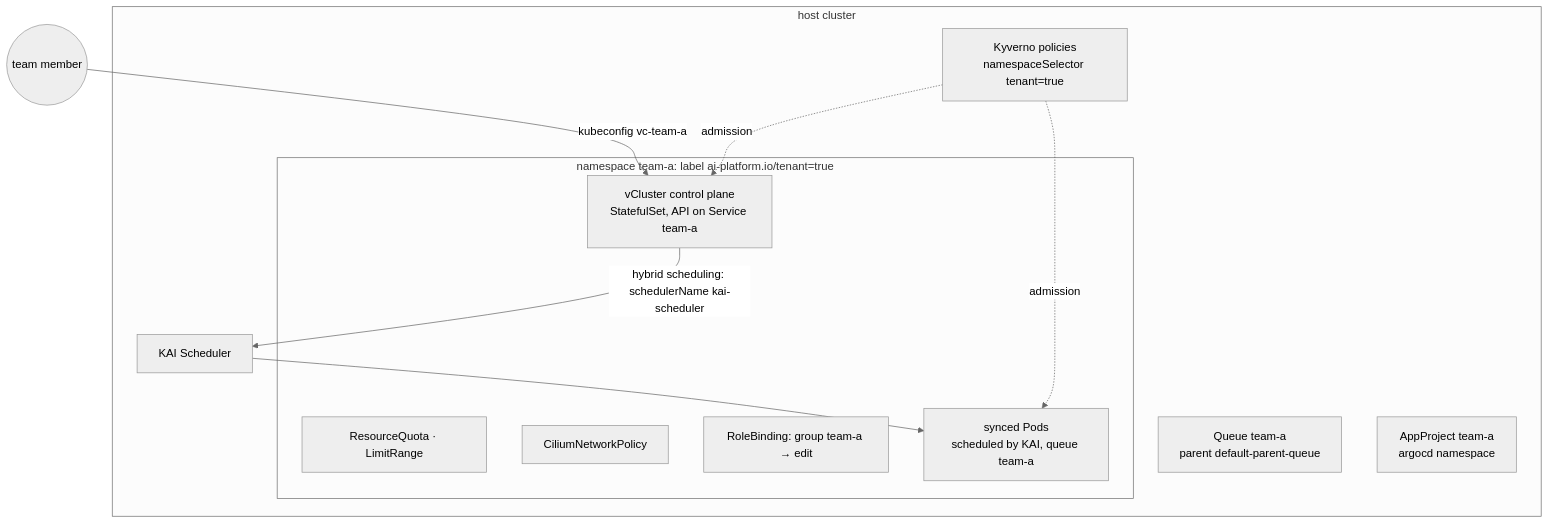
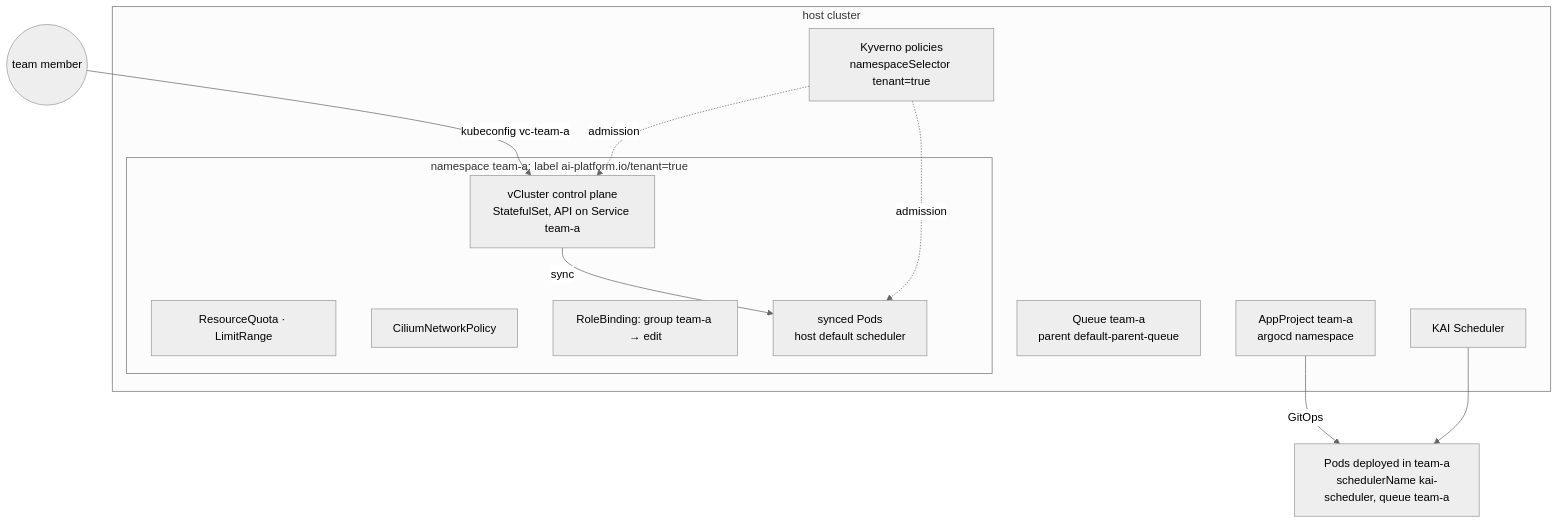
One commit to blacksoxx/ai-platform-reference changed the third of 3 diagrams in docs/architecture.md. Above: the diagram before and after it, drawn with Mermaid (neutral theme). The commit also changed other lines of this file and 4 other files, not shown here.

First line of the commit message:
fix(tenants,workloads): hybrid scheduling off (vCluster enterprise), force-replace the GPU Job

````diff
--- a/docs/architecture.md
+++ b/docs/architecture.md
@@ -162,21 +162,23 @@
 ```mermaid
 flowchart TB
   subgraph host[host cluster]
     subgraph ns[namespace team-a: label ai-platform.io/tenant=true]
       quota[ResourceQuota · LimitRange]
       cnp[CiliumNetworkPolicy]
       rb[RoleBinding: group team-a → edit]
       vc[vCluster control plane<br/>StatefulSet, API on Service team-a]
-      synced[synced Pods<br/>scheduled by KAI, queue team-a]
+      synced[synced Pods<br/>host default scheduler]
     end
     q[Queue team-a<br/>parent default-parent-queue]
     proj[AppProject team-a<br/>argocd namespace]
     kai[KAI Scheduler]
     kyv[Kyverno policies<br/>namespaceSelector tenant=true]
   end
   dev((team member)) -->|kubeconfig vc-team-a| vc
-  vc -->|hybrid scheduling: schedulerName kai-scheduler| kai
-  kai --> synced
+  vc -->|sync| synced
+  queued[Pods deployed in team-a<br/>schedulerName kai-scheduler, queue team-a]
+  proj -->|GitOps| queued
+  kai --> queued
   kyv -.admission.-> synced
   kyv -.admission.-> vc
 ```
````
